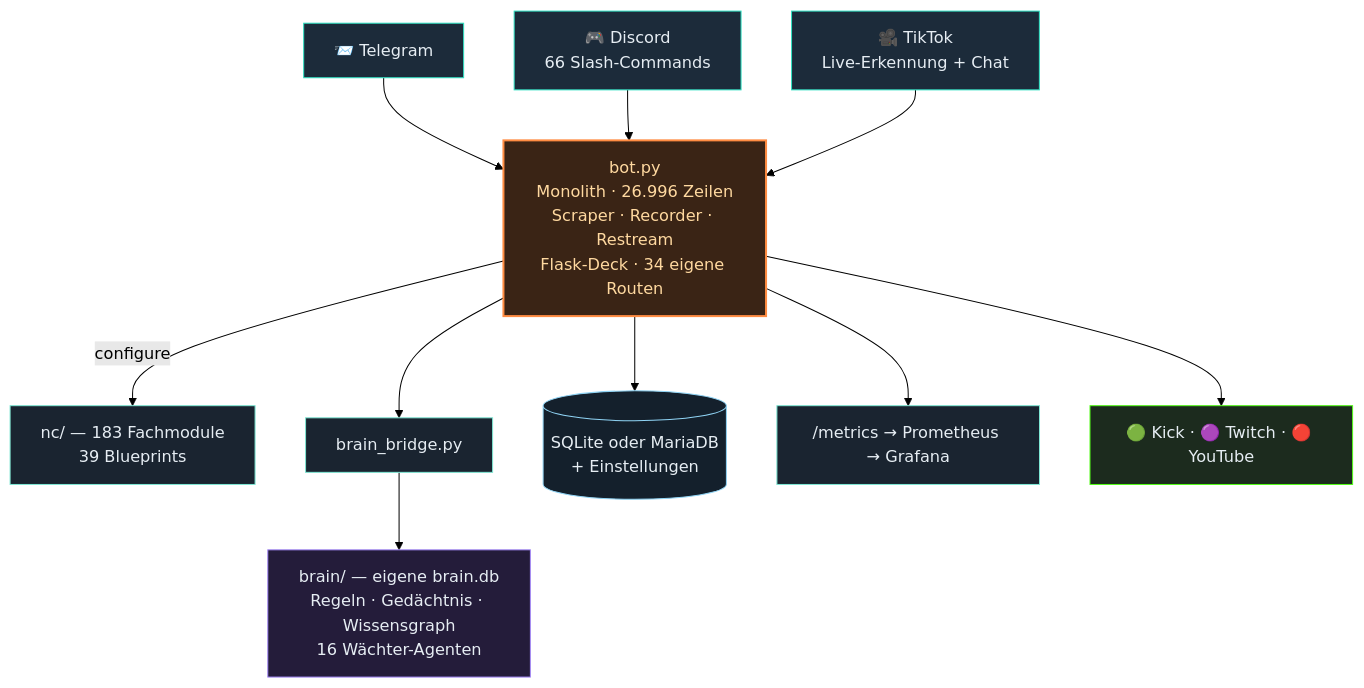
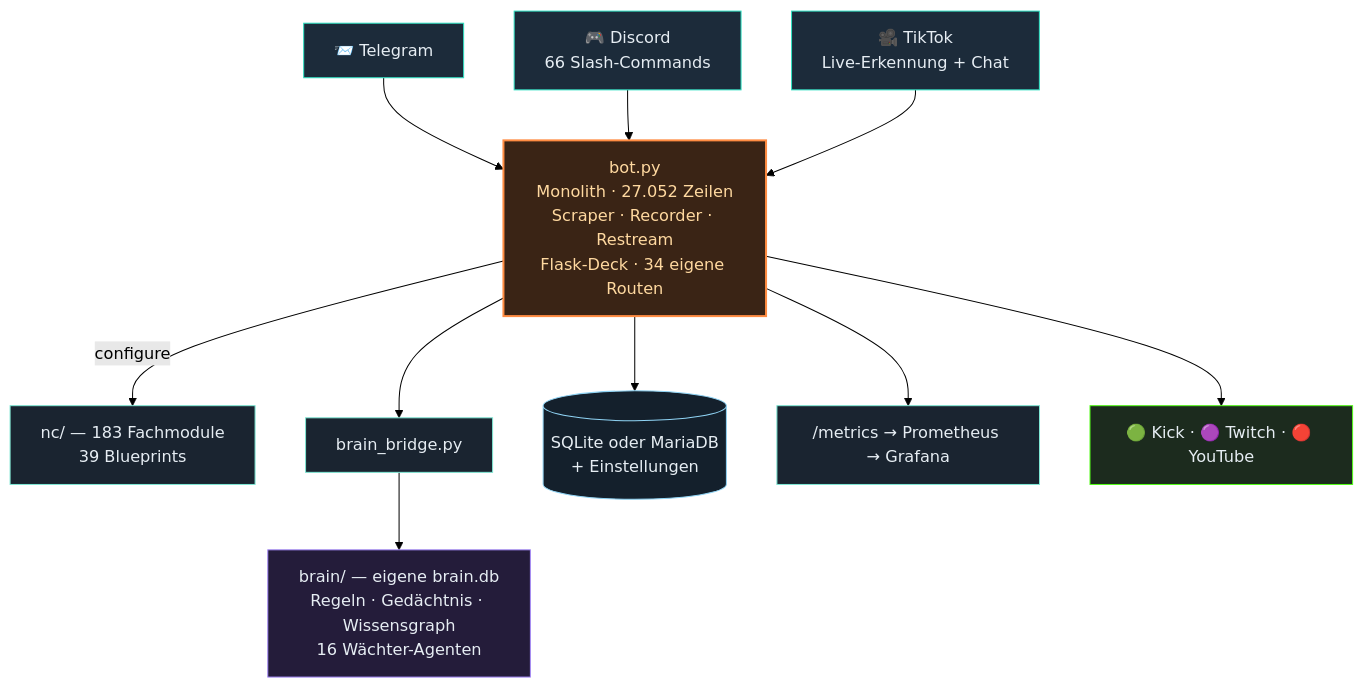
Before and after one commit to itsamemedev/Telegram-Stream-Info-Bot: the second of 3 diagrams in README.md, drawn with Mermaid (forest theme). The commit also changed other lines of this file and 15 other files, not shown here.

````diff
--- a/README.md
+++ b/README.md
@@ -118,19 +118,19 @@
 ```mermaid
 flowchart TB
     TG["📨 Telegram"]:::ein --> BOT
     DC["🎮 Discord<br/>66 Slash-Commands"]:::ein --> BOT
     TT["🎥 TikTok<br/>Live-Erkennung + Chat"]:::ein --> BOT
-    BOT["bot.py<br/>Monolith · 26.996 Zeilen<br/>Scraper · Recorder · Restream<br/>Flask-Deck · 34 eigene Routen"]:::core
+    BOT["bot.py<br/>Monolith · 27.052 Zeilen<br/>Scraper · Recorder · Restream<br/>Flask-Deck · 34 eigene Routen"]:::core
     BOT -->|configure| NC["nc/ — 183 Fachmodule<br/>39 Blueprints"]:::lib
     BOT --> BR["brain_bridge.py"]:::lib
     BR --> BRAIN["brain/ — eigene brain.db<br/>Regeln · Gedächtnis · Wissensgraph<br/>16 Wächter-Agenten"]:::brain
     BOT --> DB[("SQLite oder MariaDB<br/>+ Einstellungen")]:::db
     BOT --> PROM["/metrics → Prometheus → Grafana"]:::lib
     BOT --> OUT["🟢 Kick · 🟣 Twitch · 🔴 YouTube"]:::out
     classDef ein fill:#1c2b3a,stroke:#2de1c2,color:#e6edf3
     classDef core fill:#3a2415,stroke:#ff8c42,stroke-width:2px,color:#ffd9a0
     classDef lib fill:#1a2430,stroke:#7fe7d4,color:#e6edf3
     classDef brain fill:#241c3a,stroke:#a78bfa,color:#e6edf3
     classDef db fill:#14202c,stroke:#8fd3f4,color:#e6edf3
     classDef out fill:#1c2b1e,stroke:#53fc18,color:#e6edf3
 ```
````
